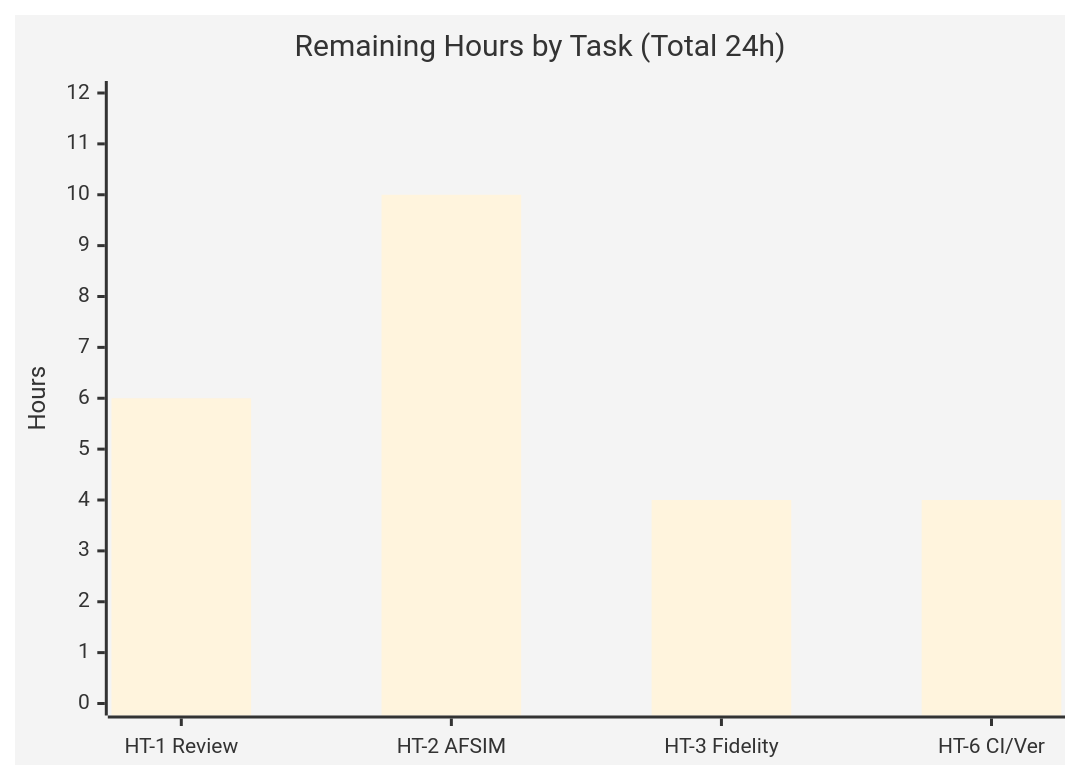
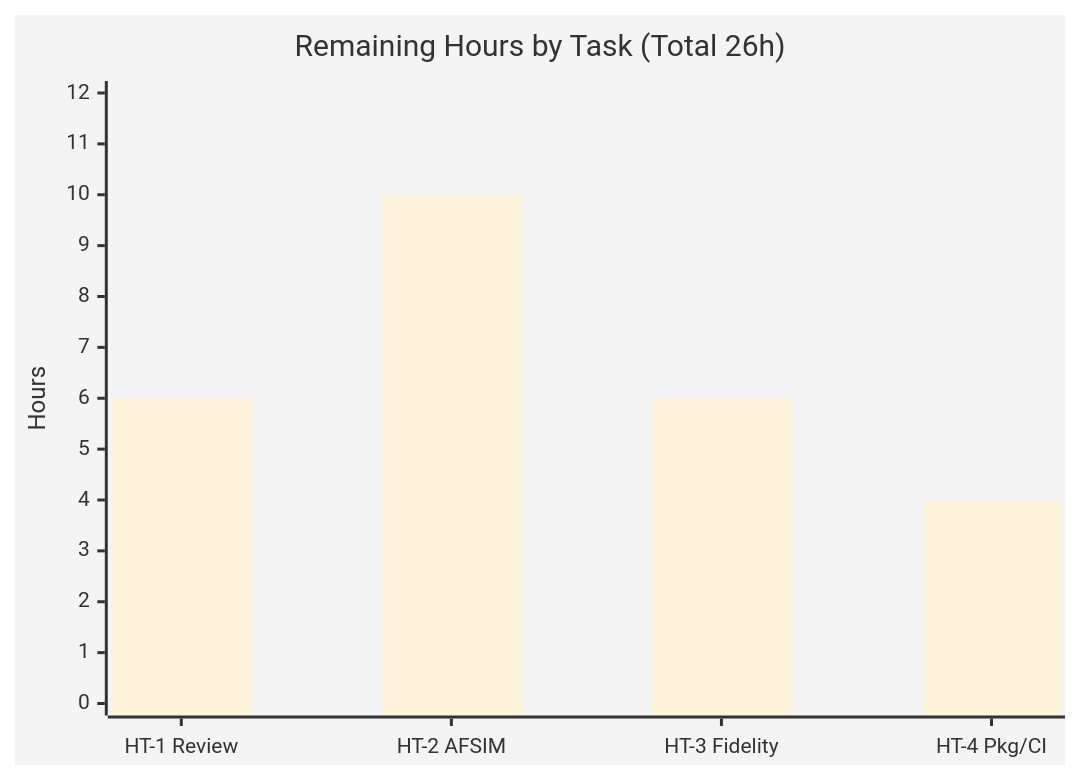
One commit to blitzy-public-samples/ardupilot-blitzy changed the third of 4 diagrams in blitzy/documentation/Project Guide.md. Above: the diagram before and after it, drawn with Mermaid. The commit also changed other lines of this file, not shown here.

Commit message:
Blitzy Project Guide: final AfsimL1 status assessment (82.6% complete, 123/149 h)

````diff
--- a/blitzy/documentation/Project Guide.md
+++ b/blitzy/documentation/Project Guide.md
@@ -317,8 +285,8 @@
 ```mermaid
-%%{init: {'theme':'base', 'themeVariables': {'xyChartBarColor':'#5B39F3','backgroundColor':'#FFFFFF'}}}%%
+%%{init: {'theme':'base','themeVariables':{'xyChartBarColor':'#5B39F3','backgroundColor':'#FFFFFF'}}}%%
 xychart-beta
-    title "Remaining Hours by Task (Total 24h)"
-    x-axis ["HT-1 Review", "HT-2 AFSIM", "HT-3 Fidelity", "HT-6 CI/Ver"]
+    title "Remaining Hours by Task (Total 26h)"
+    x-axis ["HT-1 Review", "HT-2 AFSIM", "HT-3 Fidelity", "HT-4 Pkg/CI"]
     y-axis "Hours" 0 --> 12
-    bar [6, 10, 4, 4]
+    bar [6, 10, 6, 4]
 ```
````
